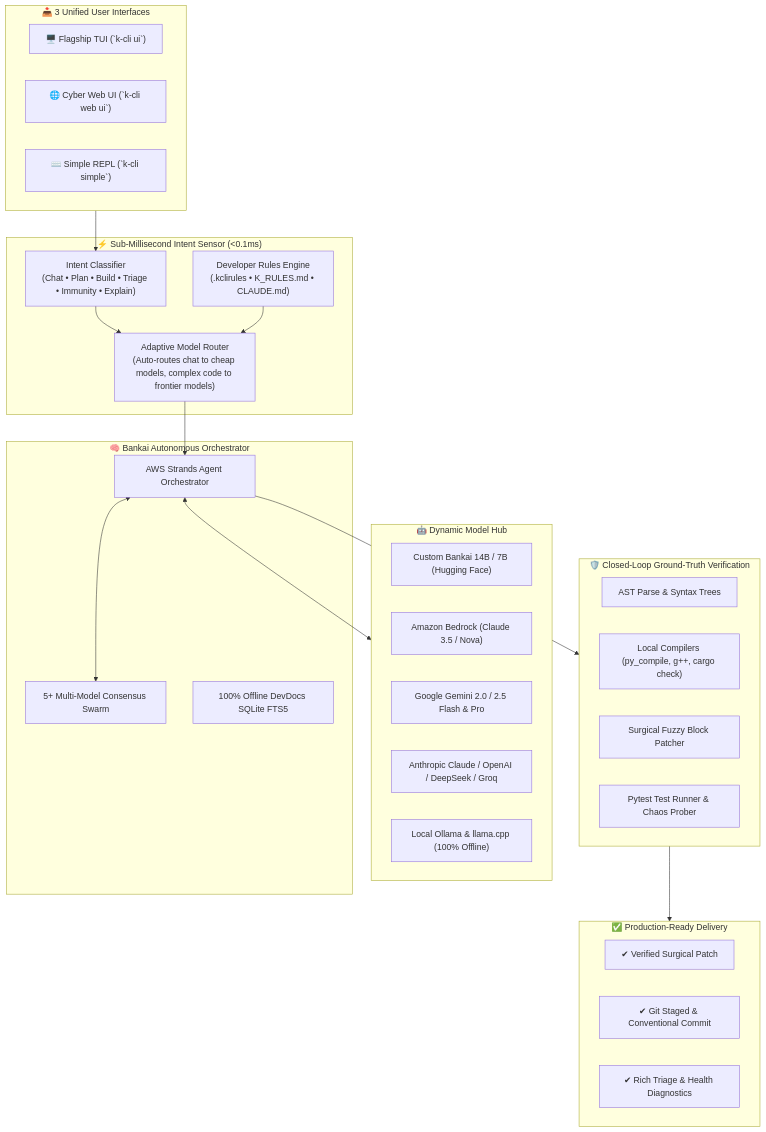
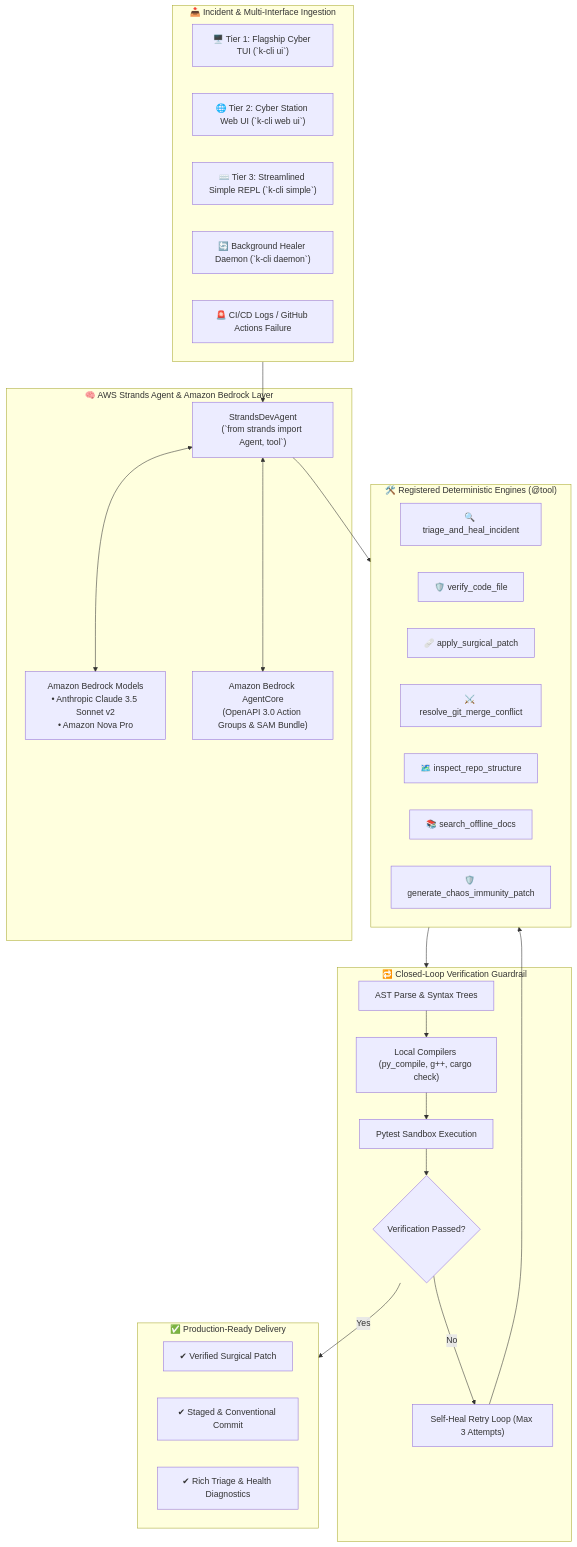
Before and after one commit to krishivjoshi219-collab/K-Cli-for-Devs: the diagram in README.md, drawn with Mermaid. The commit also changed other lines of this file, not shown here.

````diff
--- a/README.md
+++ b/README.md
@@ -112,50 +55,49 @@
 ```mermaid
 flowchart TD
-  subgraph Input ["📥 3 Unified User Interfaces"]
-    UI1["🖥️ Flagship TUI (`k-cli ui`)"]
-    UI2["🌐 Cyber Web UI (`k-cli web ui`)"]
-    UI3["⌨️ Simple REPL (`k-cli simple`)"]
+  subgraph Ingestion ["📥 Incident & Multi-Interface Ingestion"]
+    UI1["🖥️ Tier 1: Flagship Cyber TUI (`k-cli ui`)"]
+    UI2["🌐 Tier 2: Cyber Station Web UI (`k-cli web ui`)"]
+    UI3["⌨️ Tier 3: Streamlined Simple REPL (`k-cli simple`)"]
+    Daemon["🔄 Background Healer Daemon (`k-cli daemon`)"]
+    CI["🚨 CI/CD Logs / GitHub Actions Failure"]
   end
 
-  subgraph Sensor ["⚡ Sub-Millisecond Intent Sensor (<0.1ms)"]
-    IS["Intent Classifier\n(Chat • Plan • Build • Triage • Immunity • Explain)"]
-    AR["Adaptive Model Router\n(Auto-routes chat to cheap models, complex code to frontier models)"]
-    Rules["Developer Rules Engine\n(.kclirules • K_RULES.md • CLAUDE.md)"]
-    IS --> AR
-    Rules --> AR
+  subgraph AWSBrain ["🧠 AWS Strands Agent & Amazon Bedrock Layer"]
+    Strands["StrandsDevAgent\n(`from strands import Agent, tool`)"]
+    Bedrock["Amazon Bedrock Models\n• Anthropic Claude 3.5 Sonnet v2\n• Amazon Nova Pro"]
+    AgentCore["Amazon Bedrock AgentCore\n(OpenAPI 3.0 Action Groups & SAM Bundle)"]
+    Strands <--> Bedrock
+    Strands <--> AgentCore
   end
 
-  subgraph Engine ["🧠 Bankai Autonomous Orchestrator"]
-    SA["AWS Strands Agent Orchestrator"]
-    Swarm["5+ Multi-Model Consensus Swarm"]
-    DevDocs["100% Offline DevDocs SQLite FTS5"]
-    SA <--> Swarm
+  subgraph Tools ["🛠️ Registered Deterministic Engines (@tool)"]
+    T1["🔍 triage_and_heal_incident"]
+    T2["🛡️ verify_code_file"]
+    T3["🩹 apply_surgical_patch"]
+    T4["⚔️ resolve_git_merge_conflict"]
+    T5["🗺️ inspect_repo_structure"]
+    T6["📚 search_offline_docs"]
+    T7["🛡️ generate_chaos_immunity_patch"]
   end
 
-  subgraph Models ["🤖 Dynamic Model Hub"]
-    M1["Custom Bankai 14B / 7B (Hugging Face)"]
-    M2["Amazon Bedrock (Claude 3.5 / Nova)"]
-    M3["Google Gemini 2.0 / 2.5 Flash & Pro"]
-    M4["Anthropic Claude / OpenAI / DeepSeek / Groq"]
-    M5["Local Ollama & llama.cpp (100% Offline)"]
-  end
-
-  subgraph Verifier ["🛡️ Closed-Loop Ground-Truth Verification"]
+  subgraph Loop ["🔁 Closed-Loop Verification Guardrail"]
     AST["AST Parse & Syntax Trees"]
     Comp["Local Compilers (py_compile, g++, cargo check)"]
-    Patcher["Surgical Fuzzy Block Patcher"]
-    Tests["Pytest Test Runner & Chaos Prober"]
+    Test["Pytest Sandbox Execution"]
+    Pass{"Verification Passed?"}
+    Retry["Self-Heal Retry Loop (Max 3 Attempts)"]
   end
 
   subgraph Output ["✅ Production-Ready Delivery"]
-    Fix["✔ Verified Surgical Patch"]
-    Git["✔ Git Staged & Conventional Commit"]
+    Patch["✔ Verified Surgical Patch"]
+    Git["✔ Staged & Conventional Commit"]
     Report["✔ Rich Triage & Health Diagnostics"]
   end
 
-  Input --> IS
-  AR --> SA
-  SA <--> Models
-  SA --> Verifier
-  Verifier --> Output
+  Ingestion --> Strands
+  Strands --> Tools
+  Tools --> Loop
+  AST --> Comp --> Test --> Pass
+  Pass -- No --> Retry --> Tools
+  Pass -- Yes --> Output
 ```
````
